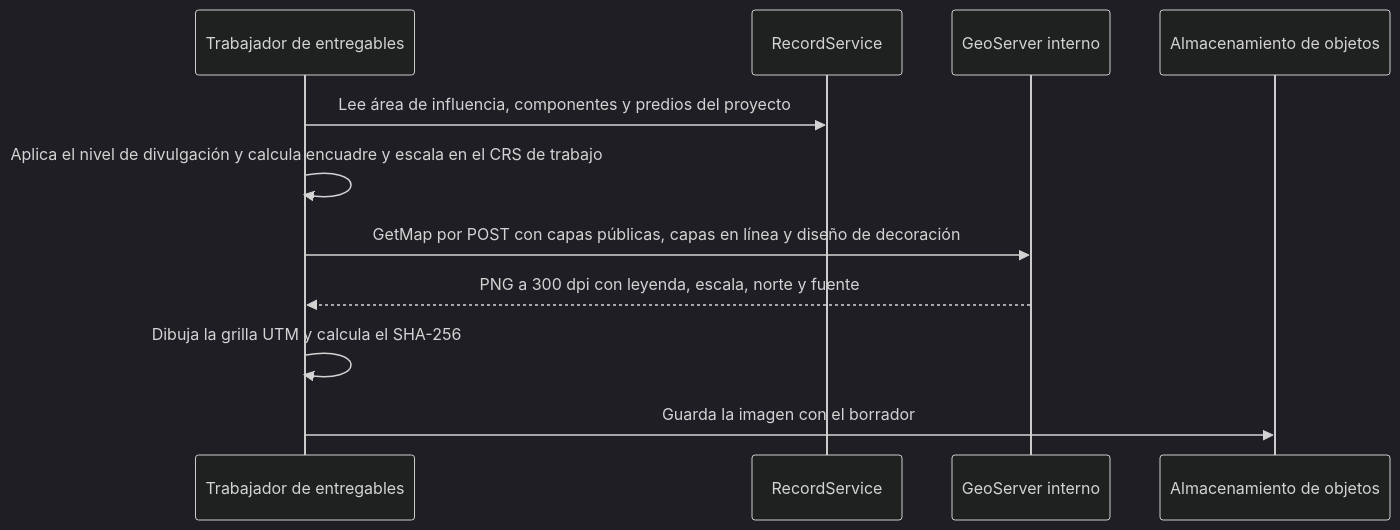
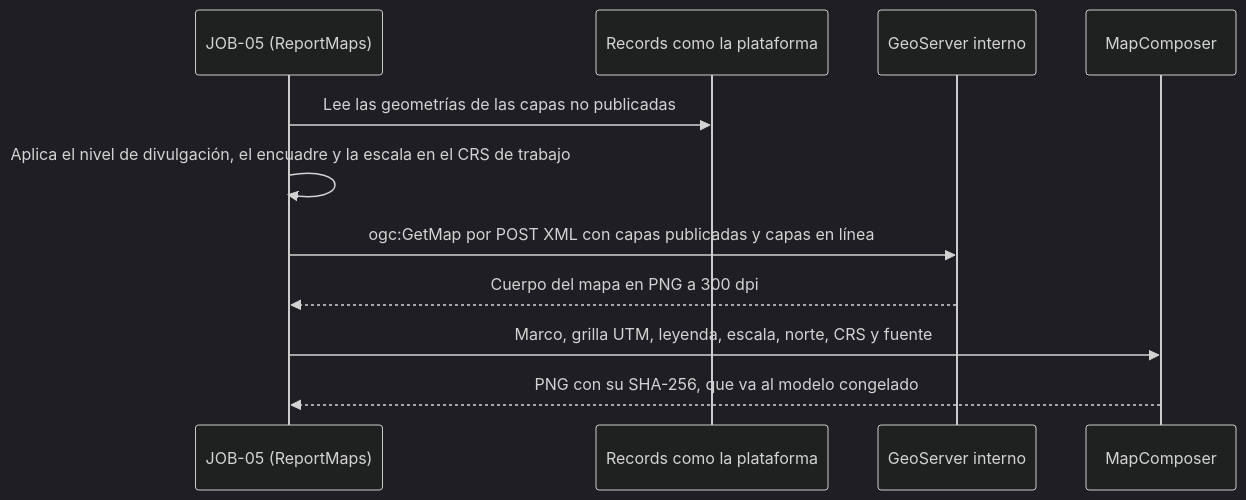
The fourth of 4 diagrams in docs/gis.md (wasichai/sgspe), drawn with Mermaid (dark theme) before and after one commit. The commit also changed other lines of this file and 1 other file, not shown here.

First line of the commit message:
docs: tableros consolidados, cierre completo o nada y mapas con decoraciones de SGSPE

````diff
--- a/docs/gis.md
+++ b/docs/gis.md
@@ -722,13 +733,13 @@
 ```mermaid
 sequenceDiagram
-    participant W as Trabajador de entregables
-    participant R as RecordService
+    participant W as JOB-05 (ReportMaps)
+    participant R as Records como la plataforma
     participant G as GeoServer interno
-    participant S as Almacenamiento de objetos
-    W->>R: Lee área de influencia, componentes y predios del proyecto
-    W->>W: Aplica el nivel de divulgación y calcula encuadre y escala en el CRS de trabajo
-    W->>G: GetMap por POST con capas públicas, capas en línea y diseño de decoración
-    G-->>W: PNG a 300 dpi con leyenda, escala, norte y fuente
-    W->>W: Dibuja la grilla UTM y calcula el SHA-256
-    W->>S: Guarda la imagen con el borrador
+    participant C as MapComposer
+    W->>R: Lee las geometrías de las capas no publicadas
+    W->>W: Aplica el nivel de divulgación, el encuadre y la escala en el CRS de trabajo
+    W->>G: ogc:GetMap por POST XML con capas publicadas y capas en línea
+    G-->>W: Cuerpo del mapa en PNG a 300 dpi
+    W->>C: Marco, grilla UTM, leyenda, escala, norte, CRS y fuente
+    C-->>W: PNG con su SHA-256, que va al modelo congelado
 ```
````
